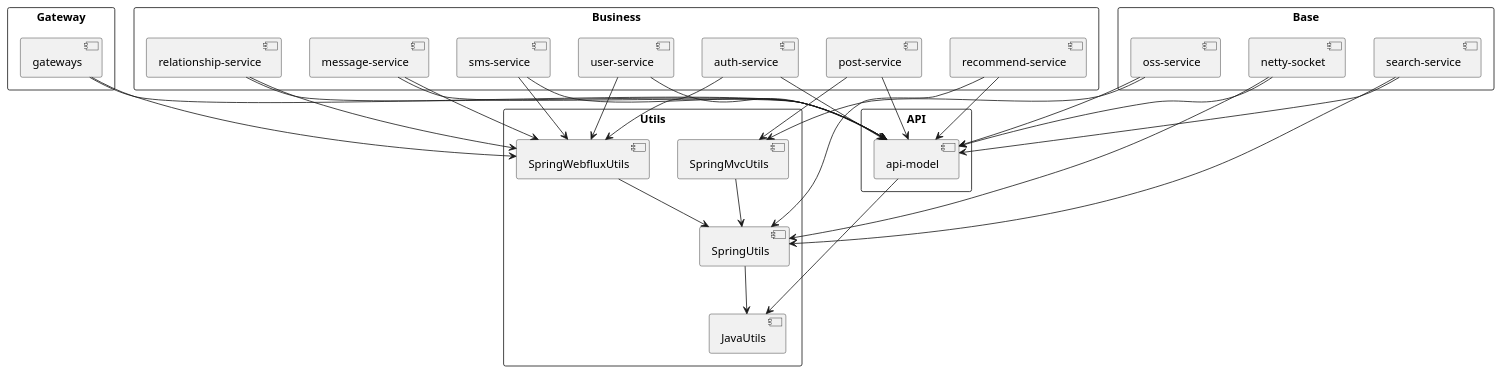
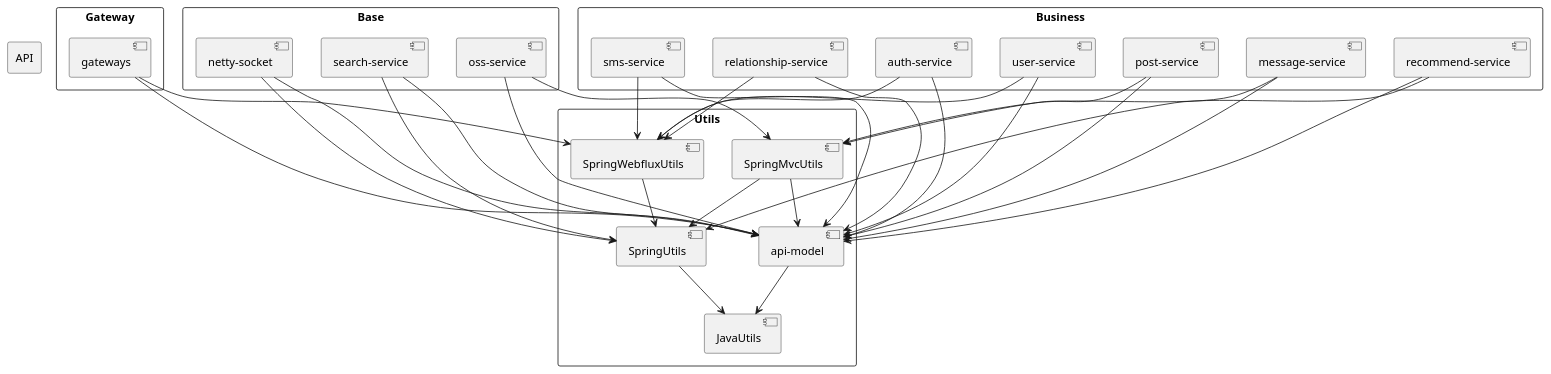
The diagram in spring-server/docs/maven依赖树.puml (nangong918/SmartMedicine-App), drawn with PlantUML before and after one commit. The commit also changed 11 other files, not shown here.

First line of the commit message:
refactor(message-service): 重构消息服务组件和依赖

```diff
--- a/spring-server/docs/maven依赖树.puml
+++ b/spring-server/docs/maven依赖树.puml
@@ -1,72 +1,73 @@
 @startuml
 skinparam packageStyle rectangle
 
 package "Utils" {
     [JavaUtils]
     [SpringUtils]
     [SpringMvcUtils]
     [SpringWebfluxUtils]
 
     [SpringUtils] --> [JavaUtils]
     [SpringMvcUtils] --> [SpringUtils]
     [SpringWebfluxUtils] --> [SpringUtils]
+    [SpringMvcUtils] --> [api-model]
 }
 
 package "API" {
     [api-model]
     [api-model] --> [JavaUtils]
 }
 
 package "Gateway" {
     [gateways]
     [gateways] --> [SpringWebfluxUtils]
     [gateways] --> [api-model]
 }
 
 package "Base" {
     [netty-socket]
     [search-service]
     [oss-service]
 
     [netty-socket] --> [SpringUtils]
     [netty-socket] --> [api-model]
     [search-service] --> [SpringUtils]
     [search-service] --> [api-model]
 
     [oss-service] --> [SpringMvcUtils]
     [oss-service] --> [api-model]
 }
 
 package "Business" {
     [auth-service]
     [user-service]
     [sms-service]
     [message-service]
     [relationship-service]
     [post-service]
 
     [recommend-service]
 
     [auth-service] --> [SpringWebfluxUtils]
     [auth-service] --> [api-model]
 
     [user-service] --> [SpringWebfluxUtils]
     [user-service] --> [api-model]
 
     [sms-service] --> [SpringWebfluxUtils]
     [sms-service] --> [api-model]
 
-    [message-service] --> [SpringWebfluxUtils]
+    [message-service] --> [SpringMvcUtils]
     [message-service] --> [api-model]
 
     [relationship-service] --> [SpringWebfluxUtils]
     [relationship-service] --> [api-model]
 
     [post-service] --> [SpringMvcUtils]
     [post-service] --> [api-model]
 
     [recommend-service] --> [SpringUtils]
     [recommend-service] --> [api-model]
 }
 
 @enduml
```
